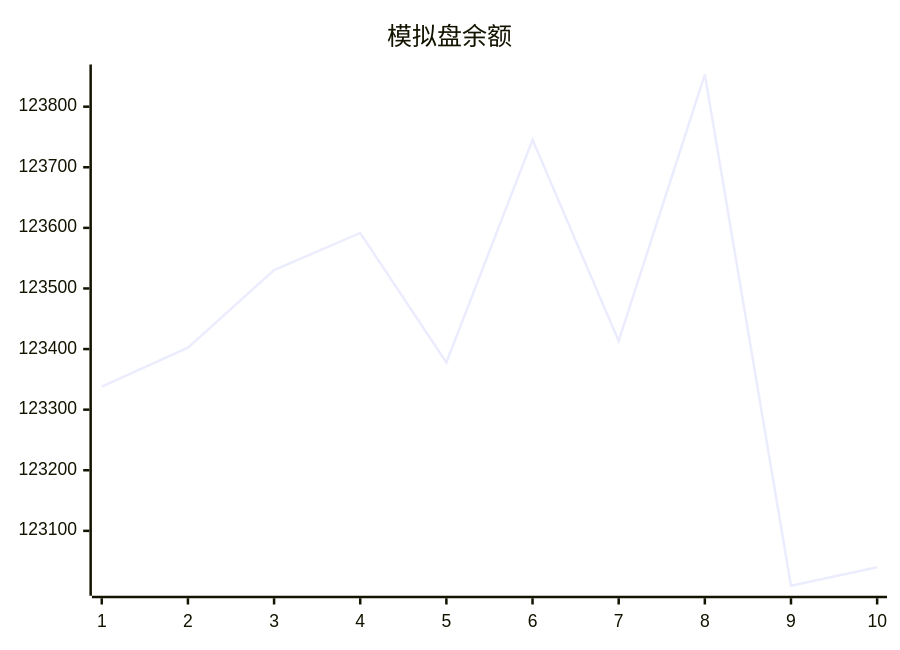
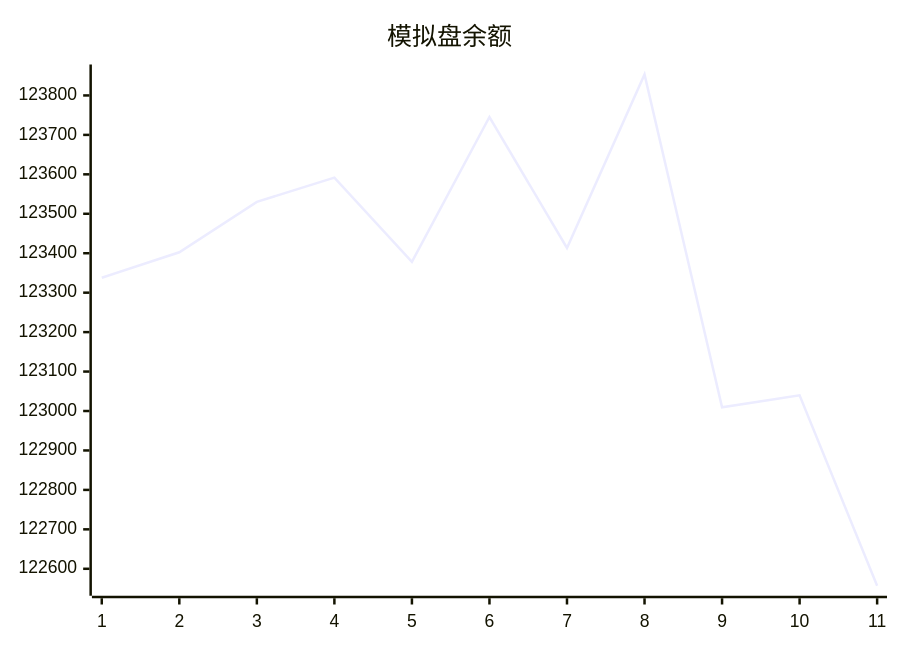
One commit to aahl/mcp-aktools changed the diagram in trading/README.md. Above: the diagram before and after it, drawn with Mermaid. The commit also changed 1 other file, not shown here.

Commit message:
📈 AkTools MCP Server

````diff
--- a/trading/README.md
+++ b/trading/README.md
@@ -3,5 +3,5 @@
 ```mermaid
 xychart
     title "模拟盘余额"
-    line [123337.9,123402.4,123530.3,123591.6,123377.9,123745.3,123413.3,123853.1,123009.4,123039.8]
+    line [123337.9,123402.4,123530.3,123591.6,123377.9,123745.3,123413.3,123853.1,123009.4,123039.8,122557.0]
 ```
````
